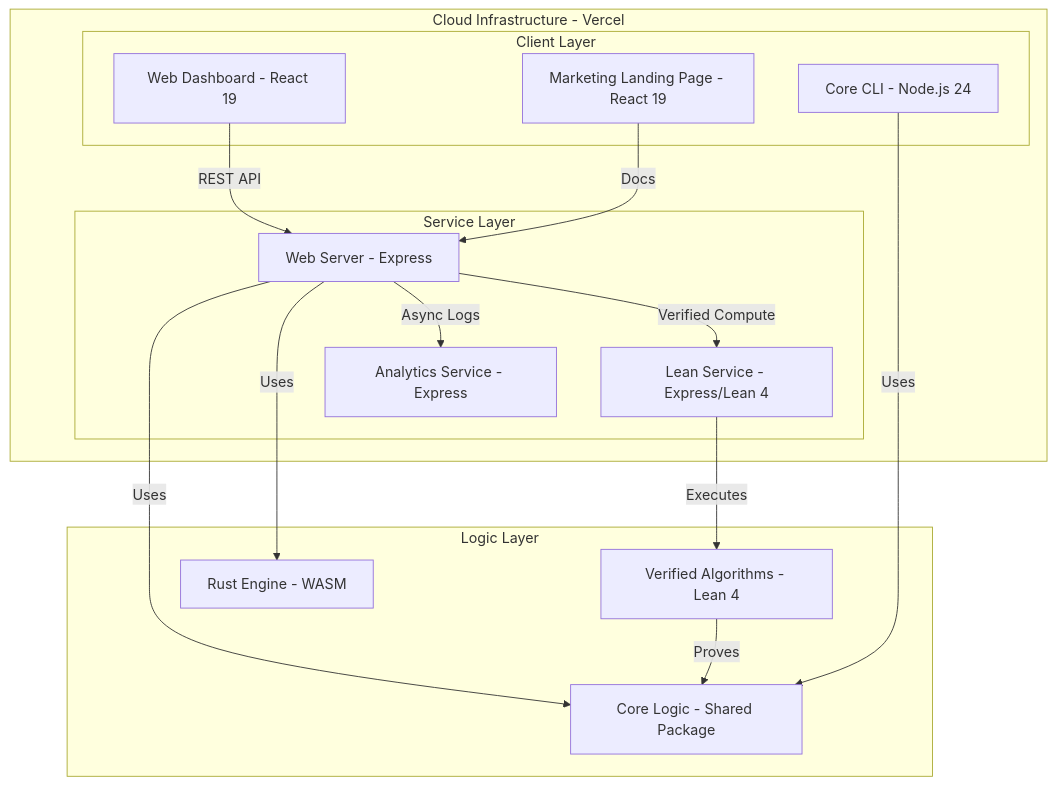
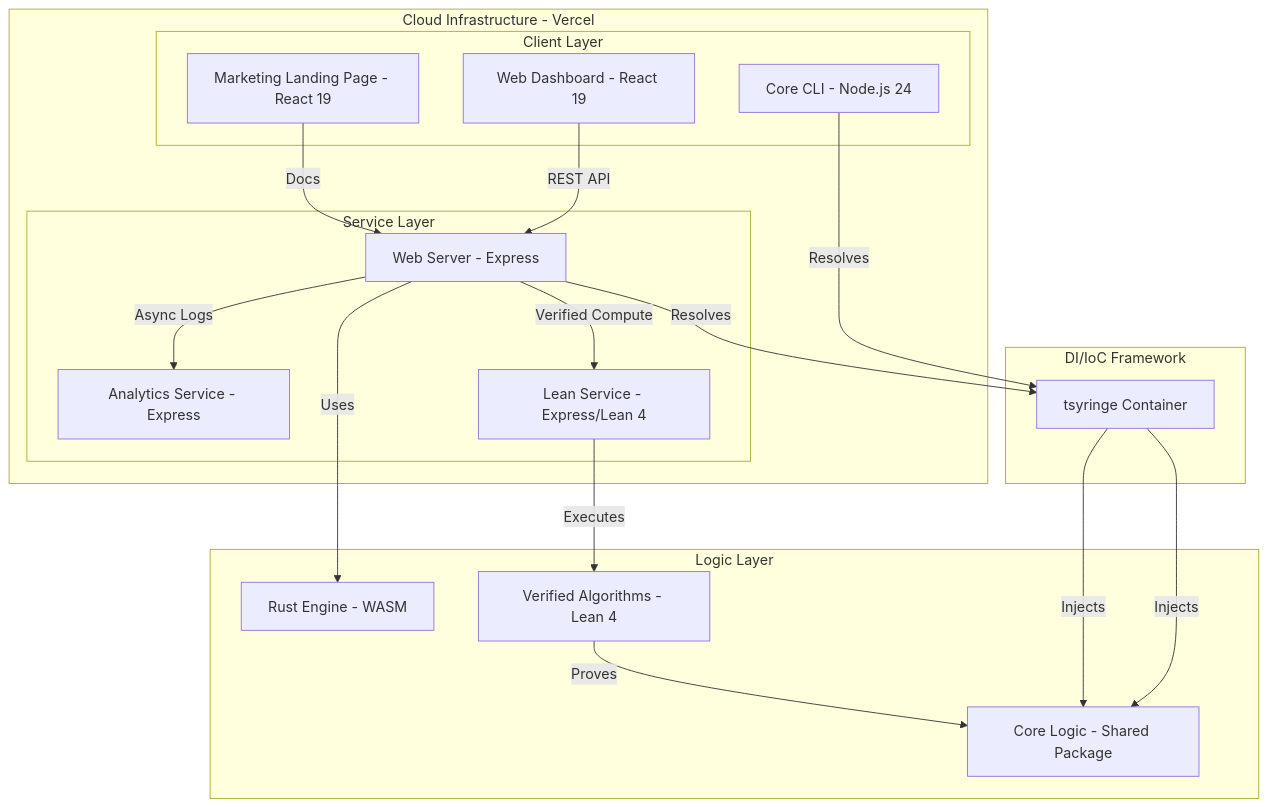
The second of 2 diagrams in README.md (CamJohnson26/agent-first-fizzbuzz-scalable), drawn with Mermaid before and after one commit. The commit also changed 16 other files, not shown here.

````diff
--- a/README.md
+++ b/README.md
@@ -60,32 +60,38 @@
 ```mermaid
 graph TD
     subgraph Hosting [Cloud Infrastructure - Vercel]
         subgraph Client_Layer [Client Layer]
             WD[Web Dashboard - React 19]
             LP[Marketing Landing Page - React 19]
             CLI[Core CLI - Node.js 24]
         end
 
         subgraph Service_Layer [Service Layer]
             WS[Web Server - Express]
             AS[Analytics Service - Express]
             LS[Lean Service - Express/Lean 4]
         end
     end
 
     subgraph Logic_Layer [Logic Layer]
         CL[Core Logic - Shared Package]
         RE[Rust Engine - WASM]
         VA[Verified Algorithms - Lean 4]
     end
 
+    subgraph DI_IoC [DI/IoC Framework]
+        DI[tsyringe Container]
+    end
+
     WD -- REST API --> WS
     LP -- Docs --> WS
-    WS -- Uses --> CL
+    WS -- Resolves --> DI
+    DI -- Injects --> CL
     WS -- Uses --> RE
     WS -- Async Logs --> AS
     WS -- Verified Compute --> LS
-    CLI -- Uses --> CL
+    CLI -- Resolves --> DI
+    DI -- Injects --> CL
     VA -- Proves --> CL
     LS -- Executes --> VA
 ```
````
